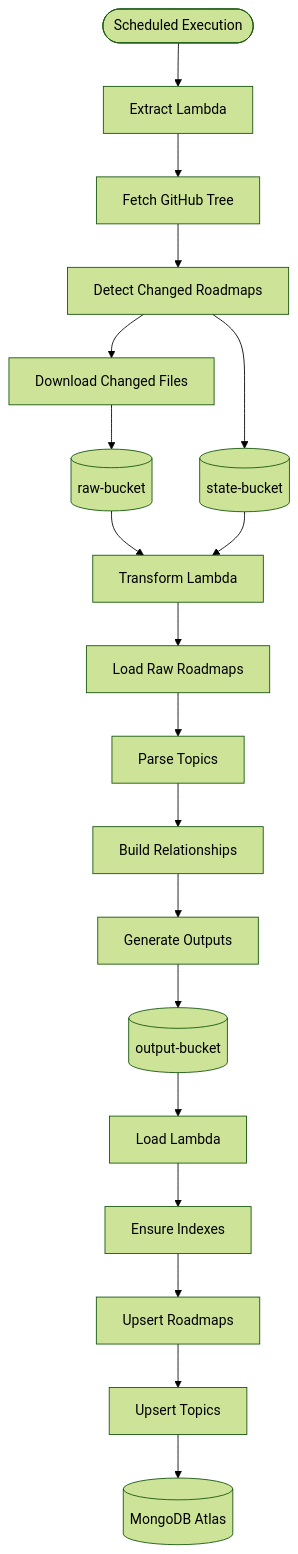
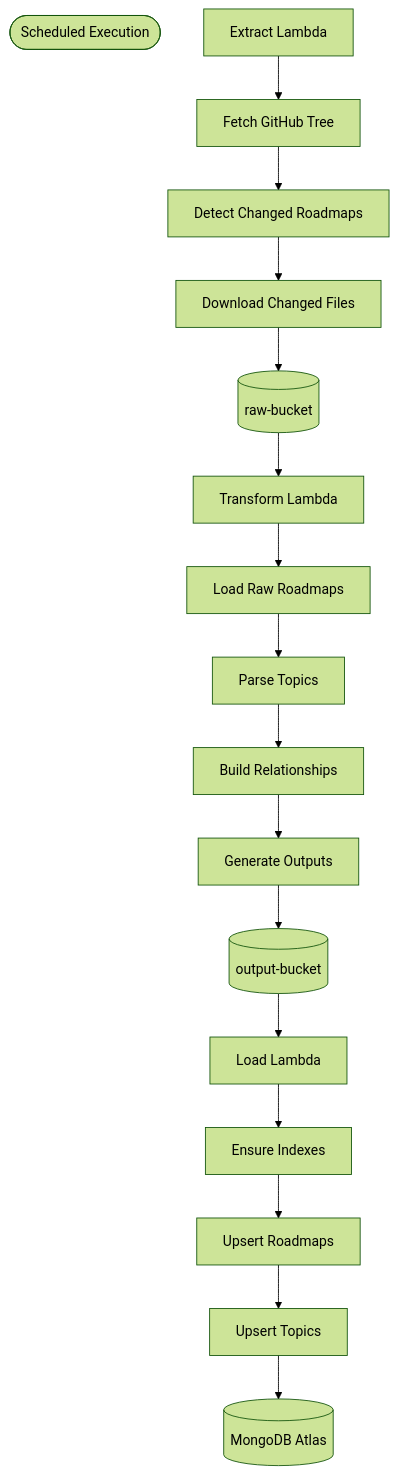
Before and after one commit to adham-nasr/roadmap: the second of 4 diagrams in README.md, drawn with Mermaid (forest theme).

Commit message:
minor fix

````diff
--- a/README.md
+++ b/README.md
@@ -113,58 +113,54 @@
 ```mermaid
 flowchart TD
 
     START([Scheduled Execution])
 
     EXTRACT[Extract Lambda]
 
     G1[Fetch GitHub Tree]
     G2[Detect Changed Roadmaps]
     G3[Download Changed Files]
 
-    STATE[(state-bucket)]
     RAW[(raw-bucket)]
 
     TRANSFORM[Transform Lambda]
 
     T1[Load Raw Roadmaps]
     T2[Parse Topics]
     T3[Build Relationships]
     T4[Generate Outputs]
 
     OUTPUT[(output-bucket)]
 
     LOAD[Load Lambda]
 
     M1[Ensure Indexes]
     M2[Upsert Roadmaps]
     M3[Upsert Topics]
 
     DB[(MongoDB Atlas)]
 
-    START --> EXTRACT
 
     EXTRACT --> G1
     G1 --> G2
     G2 --> G3
 
-    G2 --> STATE
     G3 --> RAW
 
     RAW --> TRANSFORM
-    STATE --> TRANSFORM
 
     TRANSFORM --> T1
     T1 --> T2
     T2 --> T3
     T3 --> T4
 
     T4 --> OUTPUT
 
     OUTPUT --> LOAD
 
     LOAD --> M1
     M1 --> M2
     M2 --> M3
 
     M3 --> DB
 ```
````
